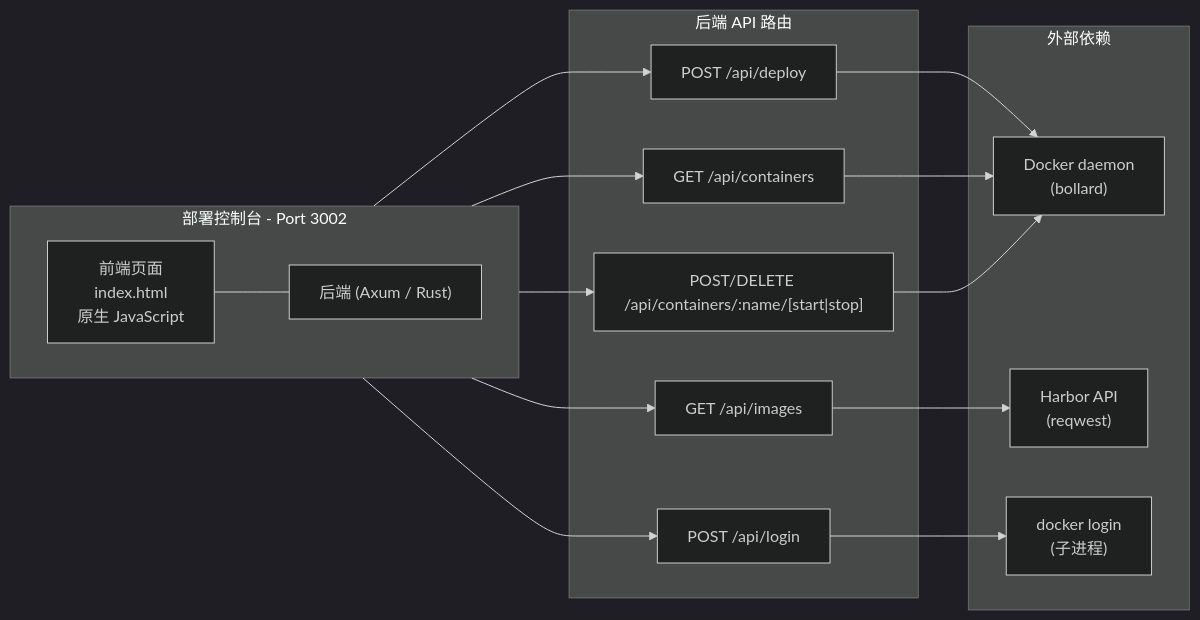
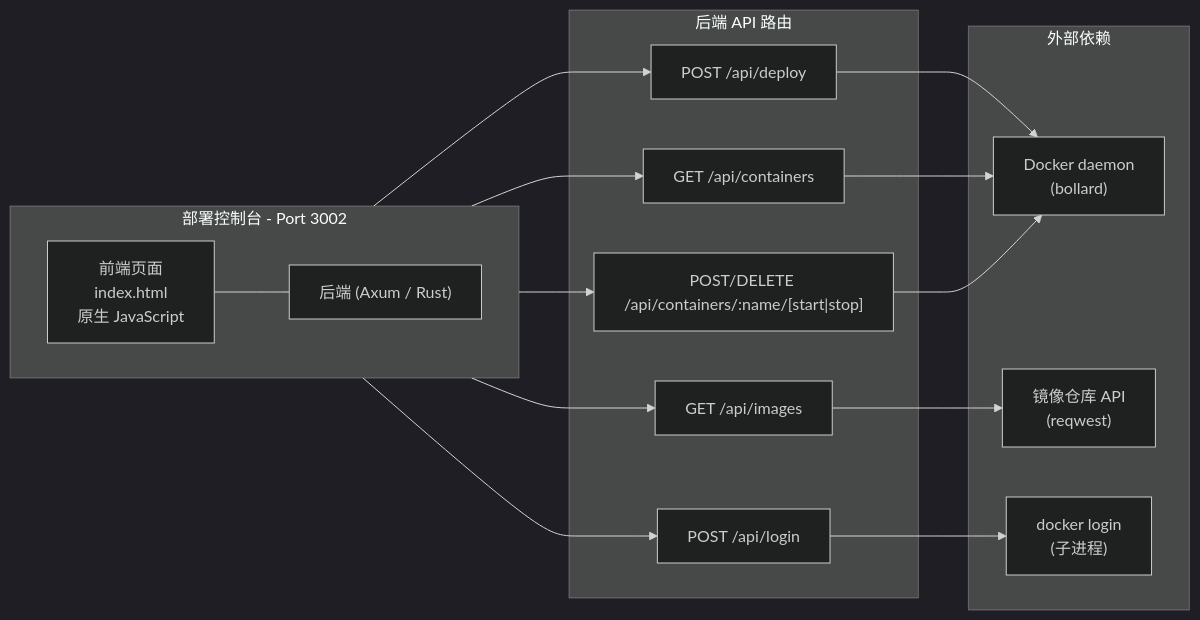
Before and after one commit to zzx1314/rust-admin: the fifth of 5 diagrams in APPSTORE.md, drawn with Mermaid (dark theme). The commit also changed other lines of this file, not shown here.

Commit message:
fix: Update documentation to replace 'Harbor' with '镜像仓库' for consistency

````diff
--- a/APPSTORE.md
+++ b/APPSTORE.md
@@ -389,36 +389,36 @@
 ```mermaid
 graph LR
     subgraph 部署控制台[部署控制台 - Port 3002]
         direction LR
         前端["前端页面\nindex.html\n原生 JavaScript"]
         后端["后端 (Axum / Rust)"]
         前端 --- 后端
     end
 
     subgraph 后端API["后端 API 路由"]
         Login["POST /api/login"]
         Images["GET /api/images"]
         Deploy["POST /api/deploy"]
         Containers["GET /api/containers"]
         ContainerOps["POST/DELETE /api/containers/:name/[start|stop]"]
     end
 
     subgraph 外部依赖
         Docker["Docker daemon\n(bollard)"]
-        HarborAPI["Harbor API\n(reqwest)"]
+        RegistryAPI["镜像仓库 API\n(reqwest)"]
         DockerLogin["docker login\n(子进程)"]
     end
 
     后端 --> Login
     后端 --> Images
     后端 --> Deploy
     后端 --> Containers
     后端 --> ContainerOps
 
     Deploy --> Docker
     Containers --> Docker
     ContainerOps --> Docker
 
-    Images --> HarborAPI
+    Images --> RegistryAPI
     Login --> DockerLogin
 ```
````
